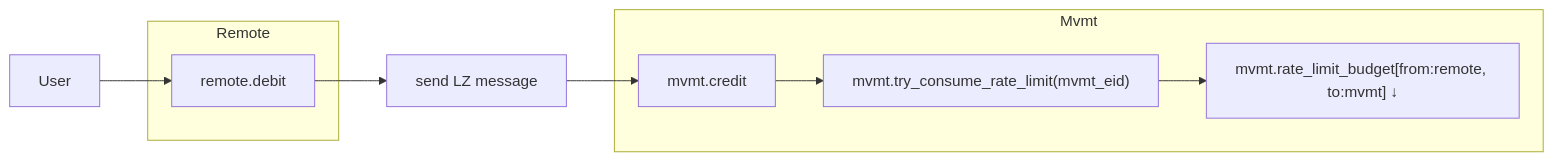
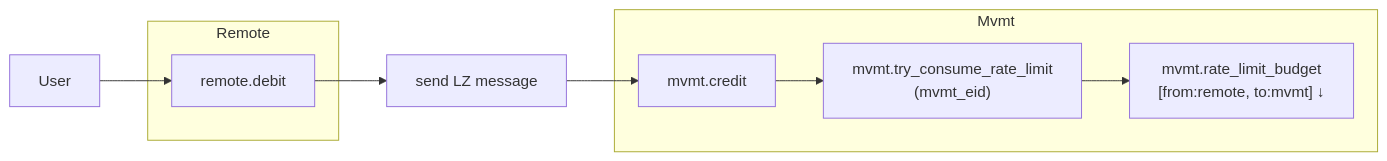
The fifth of 5 diagrams in MIP/mip-x/README.md (movementlabsxyz/MIP), drawn with Mermaid before and after one commit. The commit also changed other lines of this file, not shown here.

Commit message:
improve formats of diagrams

````diff
--- a/MIP/mip-x/README.md
+++ b/MIP/mip-x/README.md
@@ -194,16 +194,16 @@
 ```mermaid
 flowchart LR
     User --> remote.debit
 
     subgraph Remote
         remote.debit
     end
 
     remote.debit --> send["send LZ message"]
     send --> mvmt.credit
 
     subgraph Mvmt
-        mvmt.credit --> consume_mvmt["mvmt.try_consume_rate_limit(mvmt_eid)"]
-        consume_mvmt --> mvmt_rl_mvmt["mvmt.rate_limit_budget[from:remote, to:mvmt] ↓"]
+        mvmt.credit --> consume_mvmt["mvmt.try_consume_rate_limit<br/>(mvmt_eid)"]
+        consume_mvmt --> mvmt_rl_mvmt["mvmt.rate_limit_budget<br/>[from:remote, to:mvmt] ↓"]
     end
 ```
````
